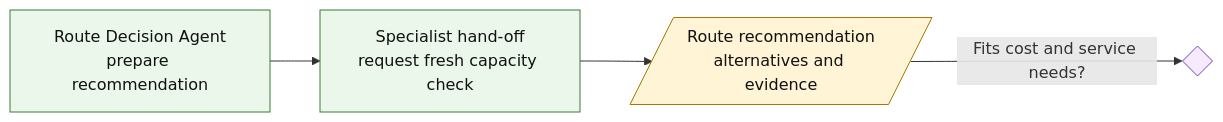
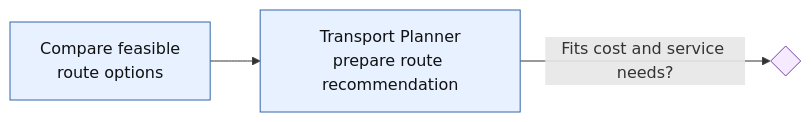
The fifth of 10 diagrams in docs/story/agentically-enhanced-job-example.md (cprima-playground/cpm-eaop-showcase-logistics-rfq), drawn with Mermaid before and after one commit. The commit also changed other lines of this file, not shown here.

Commit message:
docs(story): separate human process from agent enhancement

````diff
--- a/docs/story/agentically-enhanced-job-example.md
+++ b/docs/story/agentically-enhanced-job-example.md
@@ -221,16 +213,14 @@
 ```mermaid
 flowchart LR
-    decision[Route Decision Agent<br/>prepare recommendation]
-    handoff[Specialist hand-off<br/>request fresh capacity check]
-    evidence[/Route recommendation<br/>alternatives and evidence/]
+    options[Compare feasible<br/>route options]
+    recommendation[Transport Planner<br/>prepare route recommendation]
     fit{ }
-    decision --> handoff --> evidence -->|Fits cost and service needs?| fit
+    options --> recommendation -->|Fits cost and service needs?| fit
 
     classDef human fill:#e8f1ff,stroke:#3566a8,color:#111;
     classDef agent fill:#eaf7ea,stroke:#3b7d3b,color:#111;
     classDef system fill:#fff4d6,stroke:#a87800,color:#111;
     classDef decision fill:#f5eaff,stroke:#7542a5,color:#111,font-size:10px;
-    class decision,handoff agent;
-    class evidence system;
+    class options,recommendation human;
     class fit decision;
 ```
````
